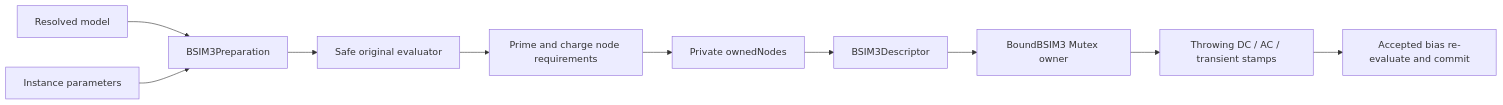
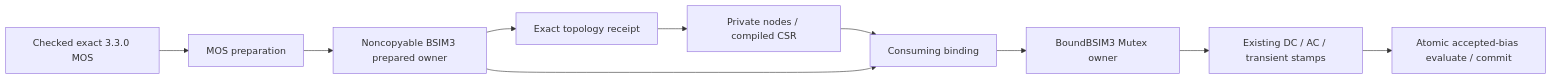
The diagram in Sources/CoreSpiceDevices/BSIM3/DESIGN.md (1amageek/CoreSpice), drawn with Mermaid before and after one commit. The commit also changed other lines of this file and 75 other files, not shown here.

Commit message:
Implement exact MOS preparation and consuming native ownership

````diff
--- a/Sources/CoreSpiceDevices/BSIM3/DESIGN.md
+++ b/Sources/CoreSpiceDevices/BSIM3/DESIGN.md
@@ -29,12 +34,12 @@
 ```mermaid
 flowchart LR
-    Model[Resolved model] --> Preparation[BSIM3Preparation]
-    Instance[Instance parameters] --> Preparation
-    Preparation --> Kernel[Safe original evaluator]
-    Kernel --> Aux[Prime and charge node requirements]
-    Aux --> IR[Private ownedNodes]
-    IR --> Descriptor[BSIM3Descriptor]
-    Descriptor --> Bound[BoundBSIM3 Mutex owner]
-    Bound --> Solver[Throwing DC / AC / transient stamps]
-    Solver --> Accepted[Accepted bias re-evaluate and commit]
+    Resolved[Checked exact 3.3.0 MOS] --> Preparation[MOS preparation]
+    Preparation --> Prepared[Noncopyable BSIM3 prepared owner]
+    Prepared --> Receipt[Exact topology receipt]
+    Receipt --> IR[Private nodes / compiled CSR]
+    IR --> Bind[Consuming binding]
+    Prepared --> Bind
+    Bind --> Bound[BoundBSIM3 Mutex owner]
+    Bound --> Solver[Existing DC / AC / transient stamps]
+    Solver --> Accepted[Atomic accepted-bias evaluate / commit]
 ```
````
